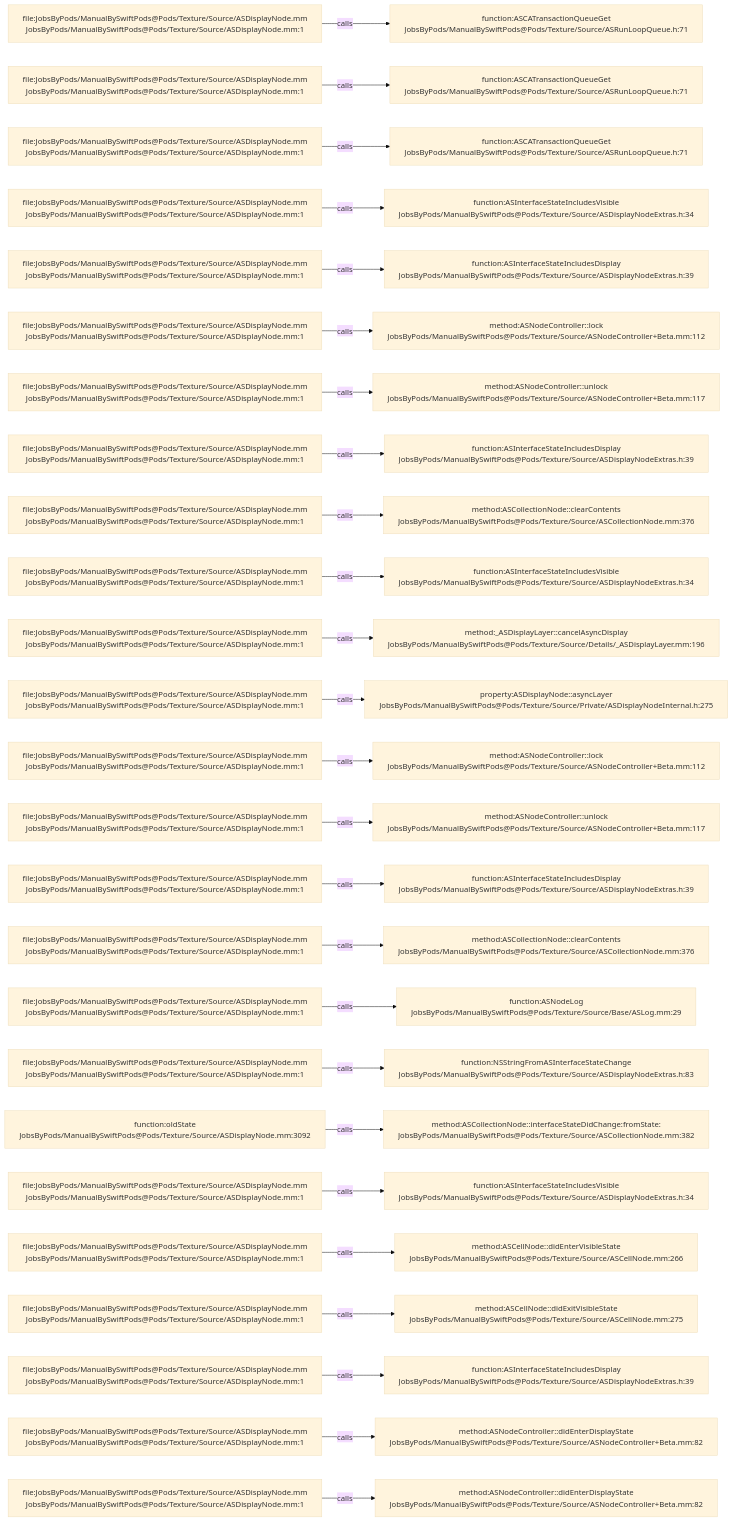
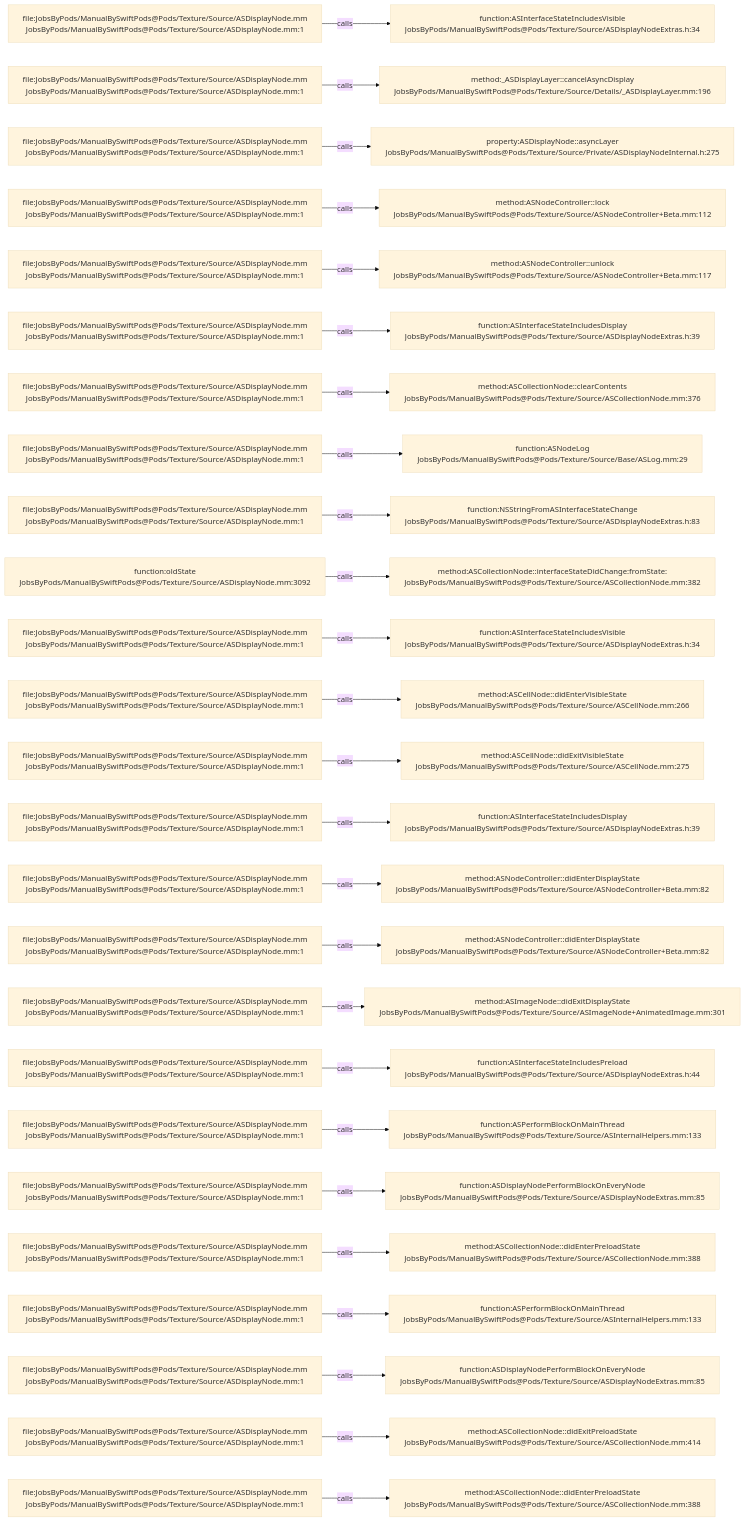
One commit to JobsKits/JobsSwiftBaseConfigDemo changed the diagram in .codegraph/codegraph.md/graphs/calls-035.md. Above: the diagram before and after it, drawn with Mermaid (base theme). The commit also changed 707 other files, not shown here.

````diff
--- a/.codegraph/codegraph.md/graphs/calls-035.md
+++ b/.codegraph/codegraph.md/graphs/calls-035.md
@@ -13,78 +13,78 @@
 ```mermaid
 flowchart LR
   S1["file:JobsByPods/ManualBySwiftPods@Pods/Texture/Source/ASDisplayNode.mm<br/>JobsByPods/ManualBySwiftPods@Pods/Texture/Source/ASDisplayNode.mm:1"]
-  T1["function:ASCATransactionQueueGet<br/>JobsByPods/ManualBySwiftPods@Pods/Texture/Source/ASRunLoopQueue.h:71"]
+  T1["function:ASInterfaceStateIncludesVisible<br/>JobsByPods/ManualBySwiftPods@Pods/Texture/Source/ASDisplayNodeExtras.h:34"]
   S1 -->|calls| T1
   S2["file:JobsByPods/ManualBySwiftPods@Pods/Texture/Source/ASDisplayNode.mm<br/>JobsByPods/ManualBySwiftPods@Pods/Texture/Source/ASDisplayNode.mm:1"]
-  T2["function:ASCATransactionQueueGet<br/>JobsByPods/ManualBySwiftPods@Pods/Texture/Source/ASRunLoopQueue.h:71"]
+  T2["method:_ASDisplayLayer::cancelAsyncDisplay<br/>JobsByPods/ManualBySwiftPods@Pods/Texture/Source/Details/_ASDisplayLayer.mm:196"]
   S2 -->|calls| T2
   S3["file:JobsByPods/ManualBySwiftPods@Pods/Texture/Source/ASDisplayNode.mm<br/>JobsByPods/ManualBySwiftPods@Pods/Texture/Source/ASDisplayNode.mm:1"]
-  T3["function:ASCATransactionQueueGet<br/>JobsByPods/ManualBySwiftPods@Pods/Texture/Source/ASRunLoopQueue.h:71"]
+  T3["property:ASDisplayNode::asyncLayer<br/>JobsByPods/ManualBySwiftPods@Pods/Texture/Source/Private/ASDisplayNodeInternal.h:275"]
   S3 -->|calls| T3
   S4["file:JobsByPods/ManualBySwiftPods@Pods/Texture/Source/ASDisplayNode.mm<br/>JobsByPods/ManualBySwiftPods@Pods/Texture/Source/ASDisplayNode.mm:1"]
-  T4["function:ASInterfaceStateIncludesVisible<br/>JobsByPods/ManualBySwiftPods@Pods/Texture/Source/ASDisplayNodeExtras.h:34"]
+  T4["method:ASNodeController::lock<br/>JobsByPods/ManualBySwiftPods@Pods/Texture/Source/ASNodeController+Beta.mm:112"]
   S4 -->|calls| T4
   S5["file:JobsByPods/ManualBySwiftPods@Pods/Texture/Source/ASDisplayNode.mm<br/>JobsByPods/ManualBySwiftPods@Pods/Texture/Source/ASDisplayNode.mm:1"]
-  T5["function:ASInterfaceStateIncludesDisplay<br/>JobsByPods/ManualBySwiftPods@Pods/Texture/Source/ASDisplayNodeExtras.h:39"]
+  T5["method:ASNodeController::unlock<br/>JobsByPods/ManualBySwiftPods@Pods/Texture/Source/ASNodeController+Beta.mm:117"]
   S5 -->|calls| T5
   S6["file:JobsByPods/ManualBySwiftPods@Pods/Texture/Source/ASDisplayNode.mm<br/>JobsByPods/ManualBySwiftPods@Pods/Texture/Source/ASDisplayNode.mm:1"]
-  T6["method:ASNodeController::lock<br/>JobsByPods/ManualBySwiftPods@Pods/Texture/Source/ASNodeController+Beta.mm:112"]
+  T6["function:ASInterfaceStateIncludesDisplay<br/>JobsByPods/ManualBySwiftPods@Pods/Texture/Source/ASDisplayNodeExtras.h:39"]
   S6 -->|calls| T6
   S7["file:JobsByPods/ManualBySwiftPods@Pods/Texture/Source/ASDisplayNode.mm<br/>JobsByPods/ManualBySwiftPods@Pods/Texture/Source/ASDisplayNode.mm:1"]
-  T7["method:ASNodeController::unlock<br/>JobsByPods/ManualBySwiftPods@Pods/Texture/Source/ASNodeController+Beta.mm:117"]
+  T7["method:ASCollectionNode::clearContents<br/>JobsByPods/ManualBySwiftPods@Pods/Texture/Source/ASCollectionNode.mm:376"]
   S7 -->|calls| T7
   S8["file:JobsByPods/ManualBySwiftPods@Pods/Texture/Source/ASDisplayNode.mm<br/>JobsByPods/ManualBySwiftPods@Pods/Texture/Source/ASDisplayNode.mm:1"]
-  T8["function:ASInterfaceStateIncludesDisplay<br/>JobsByPods/ManualBySwiftPods@Pods/Texture/Source/ASDisplayNodeExtras.h:39"]
+  T8["function:ASNodeLog<br/>JobsByPods/ManualBySwiftPods@Pods/Texture/Source/Base/ASLog.mm:29"]
   S8 -->|calls| T8
   S9["file:JobsByPods/ManualBySwiftPods@Pods/Texture/Source/ASDisplayNode.mm<br/>JobsByPods/ManualBySwiftPods@Pods/Texture/Source/ASDisplayNode.mm:1"]
-  T9["method:ASCollectionNode::clearContents<br/>JobsByPods/ManualBySwiftPods@Pods/Texture/Source/ASCollectionNode.mm:376"]
+  T9["function:NSStringFromASInterfaceStateChange<br/>JobsByPods/ManualBySwiftPods@Pods/Texture/Source/ASDisplayNodeExtras.h:83"]
   S9 -->|calls| T9
-  S10["file:JobsByPods/ManualBySwiftPods@Pods/Texture/Source/ASDisplayNode.mm<br/>JobsByPods/ManualBySwiftPods@Pods/Texture/Source/ASDisplayNode.mm:1"]
-  T10["function:ASInterfaceStateIncludesVisible<br/>JobsByPods/ManualBySwiftPods@Pods/Texture/Source/ASDisplayNodeExtras.h:34"]
+  S10["function:oldState<br/>JobsByPods/ManualBySwiftPods@Pods/Texture/Source/ASDisplayNode.mm:3092"]
+  T10["method:ASCollectionNode::interfaceStateDidChange:fromState:<br/>JobsByPods/ManualBySwiftPods@Pods/Texture/Source/ASCollectionNode.mm:382"]
   S10 -->|calls| T10
   S11["file:JobsByPods/ManualBySwiftPods@Pods/Texture/Source/ASDisplayNode.mm<br/>JobsByPods/ManualBySwiftPods@Pods/Texture/Source/ASDisplayNode.mm:1"]
-  T11["method:_ASDisplayLayer::cancelAsyncDisplay<br/>JobsByPods/ManualBySwiftPods@Pods/Texture/Source/Details/_ASDisplayLayer.mm:196"]
+  T11["function:ASInterfaceStateIncludesVisible<br/>JobsByPods/ManualBySwiftPods@Pods/Texture/Source/ASDisplayNodeExtras.h:34"]
   S11 -->|calls| T11
   S12["file:JobsByPods/ManualBySwiftPods@Pods/Texture/Source/ASDisplayNode.mm<br/>JobsByPods/ManualBySwiftPods@Pods/Texture/Source/ASDisplayNode.mm:1"]
-  T12["property:ASDisplayNode::asyncLayer<br/>JobsByPods/ManualBySwiftPods@Pods/Texture/Source/Private/ASDisplayNodeInternal.h:275"]
+  T12["method:ASCellNode::didEnterVisibleState<br/>JobsByPods/ManualBySwiftPods@Pods/Texture/Source/ASCellNode.mm:266"]
   S12 -->|calls| T12
   S13["file:JobsByPods/ManualBySwiftPods@Pods/Texture/Source/ASDisplayNode.mm<br/>JobsByPods/ManualBySwiftPods@Pods/Texture/Source/ASDisplayNode.mm:1"]
-  T13["method:ASNodeController::lock<br/>JobsByPods/ManualBySwiftPods@Pods/Texture/Source/ASNodeController+Beta.mm:112"]
+  T13["method:ASCellNode::didExitVisibleState<br/>JobsByPods/ManualBySwiftPods@Pods/Texture/Source/ASCellNode.mm:275"]
   S13 -->|calls| T13
   S14["file:JobsByPods/ManualBySwiftPods@Pods/Texture/Source/ASDisplayNode.mm<br/>JobsByPods/ManualBySwiftPods@Pods/Texture/Source/ASDisplayNode.mm:1"]
-  T14["method:ASNodeController::unlock<br/>JobsByPods/ManualBySwiftPods@Pods/Texture/Source/ASNodeController+Beta.mm:117"]
+  T14["function:ASInterfaceStateIncludesDisplay<br/>JobsByPods/ManualBySwiftPods@Pods/Texture/Source/ASDisplayNodeExtras.h:39"]
   S14 -->|calls| T14
   S15["file:JobsByPods/ManualBySwiftPods@Pods/Texture/Source/ASDisplayNode.mm<br/>JobsByPods/ManualBySwiftPods@Pods/Texture/Source/ASDisplayNode.mm:1"]
-  T15["function:ASInterfaceStateIncludesDisplay<br/>JobsByPods/ManualBySwiftPods@Pods/Texture/Source/ASDisplayNodeExtras.h:39"]
+  T15["method:ASNodeController::didEnterDisplayState<br/>JobsByPods/ManualBySwiftPods@Pods/Texture/Source/ASNodeController+Beta.mm:82"]
   S15 -->|calls| T15
   S16["file:JobsByPods/ManualBySwiftPods@Pods/Texture/Source/ASDisplayNode.mm<br/>JobsByPods/ManualBySwiftPods@Pods/Texture/Source/ASDisplayNode.mm:1"]
-  T16["method:ASCollectionNode::clearContents<br/>JobsByPods/ManualBySwiftPods@Pods/Texture/Source/ASCollectionNode.mm:376"]
+  T16["method:ASNodeController::didEnterDisplayState<br/>JobsByPods/ManualBySwiftPods@Pods/Texture/Source/ASNodeController+Beta.mm:82"]
   S16 -->|calls| T16
   S17["file:JobsByPods/ManualBySwiftPods@Pods/Texture/Source/ASDisplayNode.mm<br/>JobsByPods/ManualBySwiftPods@Pods/Texture/Source/ASDisplayNode.mm:1"]
-  T17["function:ASNodeLog<br/>JobsByPods/ManualBySwiftPods@Pods/Texture/Source/Base/ASLog.mm:29"]
+  T17["method:ASImageNode::didExitDisplayState<br/>JobsByPods/ManualBySwiftPods@Pods/Texture/Source/ASImageNode+AnimatedImage.mm:301"]
   S17 -->|calls| T17
   S18["file:JobsByPods/ManualBySwiftPods@Pods/Texture/Source/ASDisplayNode.mm<br/>JobsByPods/ManualBySwiftPods@Pods/Texture/Source/ASDisplayNode.mm:1"]
-  T18["function:NSStringFromASInterfaceStateChange<br/>JobsByPods/ManualBySwiftPods@Pods/Texture/Source/ASDisplayNodeExtras.h:83"]
+  T18["function:ASInterfaceStateIncludesPreload<br/>JobsByPods/ManualBySwiftPods@Pods/Texture/Source/ASDisplayNodeExtras.h:44"]
   S18 -->|calls| T18
-  S19["function:oldState<br/>JobsByPods/ManualBySwiftPods@Pods/Texture/Source/ASDisplayNode.mm:3092"]
-  T19["method:ASCollectionNode::interfaceStateDidChange:fromState:<br/>JobsByPods/ManualBySwiftPods@Pods/Texture/Source/ASCollectionNode.mm:382"]
+  S19["file:JobsByPods/ManualBySwiftPods@Pods/Texture/Source/ASDisplayNode.mm<br/>JobsByPods/ManualBySwiftPods@Pods/Texture/Source/ASDisplayNode.mm:1"]
+  T19["function:ASPerformBlockOnMainThread<br/>JobsByPods/ManualBySwiftPods@Pods/Texture/Source/ASInternalHelpers.mm:133"]
   S19 -->|calls| T19
   S20["file:JobsByPods/ManualBySwiftPods@Pods/Texture/Source/ASDisplayNode.mm<br/>JobsByPods/ManualBySwiftPods@Pods/Texture/Source/ASDisplayNode.mm:1"]
-  T20["function:ASInterfaceStateIncludesVisible<br/>JobsByPods/ManualBySwiftPods@Pods/Texture/Source/ASDisplayNodeExtras.h:34"]
+  T20["function:ASDisplayNodePerformBlockOnEveryNode<br/>JobsByPods/ManualBySwiftPods@Pods/Texture/Source/ASDisplayNodeExtras.mm:85"]
   S20 -->|calls| T20
   S21["file:JobsByPods/ManualBySwiftPods@Pods/Texture/Source/ASDisplayNode.mm<br/>JobsByPods/ManualBySwiftPods@Pods/Texture/Source/ASDisplayNode.mm:1"]
-  T21["method:ASCellNode::didEnterVisibleState<br/>JobsByPods/ManualBySwiftPods@Pods/Texture/Source/ASCellNode.mm:266"]
+  T21["method:ASCollectionNode::didEnterPreloadState<br/>JobsByPods/ManualBySwiftPods@Pods/Texture/Source/ASCollectionNode.mm:388"]
   S21 -->|calls| T21
   S22["file:JobsByPods/ManualBySwiftPods@Pods/Texture/Source/ASDisplayNode.mm<br/>JobsByPods/ManualBySwiftPods@Pods/Texture/Source/ASDisplayNode.mm:1"]
-  T22["method:ASCellNode::didExitVisibleState<br/>JobsByPods/ManualBySwiftPods@Pods/Texture/Source/ASCellNode.mm:275"]
+  T22["function:ASPerformBlockOnMainThread<br/>JobsByPods/ManualBySwiftPods@Pods/Texture/Source/ASInternalHelpers.mm:133"]
   S22 -->|calls| T22
   S23["file:JobsByPods/ManualBySwiftPods@Pods/Texture/Source/ASDisplayNode.mm<br/>JobsByPods/ManualBySwiftPods@Pods/Texture/Source/ASDisplayNode.mm:1"]
-  T23["function:ASInterfaceStateIncludesDisplay<br/>JobsByPods/ManualBySwiftPods@Pods/Texture/Source/ASDisplayNodeExtras.h:39"]
+  T23["function:ASDisplayNodePerformBlockOnEveryNode<br/>JobsByPods/ManualBySwiftPods@Pods/Texture/Source/ASDisplayNodeExtras.mm:85"]
   S23 -->|calls| T23
   S24["file:JobsByPods/ManualBySwiftPods@Pods/Texture/Source/ASDisplayNode.mm<br/>JobsByPods/ManualBySwiftPods@Pods/Texture/Source/ASDisplayNode.mm:1"]
-  T24["method:ASNodeController::didEnterDisplayState<br/>JobsByPods/ManualBySwiftPods@Pods/Texture/Source/ASNodeController+Beta.mm:82"]
+  T24["method:ASCollectionNode::didExitPreloadState<br/>JobsByPods/ManualBySwiftPods@Pods/Texture/Source/ASCollectionNode.mm:414"]
   S24 -->|calls| T24
   S25["file:JobsByPods/ManualBySwiftPods@Pods/Texture/Source/ASDisplayNode.mm<br/>JobsByPods/ManualBySwiftPods@Pods/Texture/Source/ASDisplayNode.mm:1"]
-  T25["method:ASNodeController::didEnterDisplayState<br/>JobsByPods/ManualBySwiftPods@Pods/Texture/Source/ASNodeController+Beta.mm:82"]
+  T25["method:ASCollectionNode::didEnterPreloadState<br/>JobsByPods/ManualBySwiftPods@Pods/Texture/Source/ASCollectionNode.mm:388"]
   S25 -->|calls| T25
 ```
````
